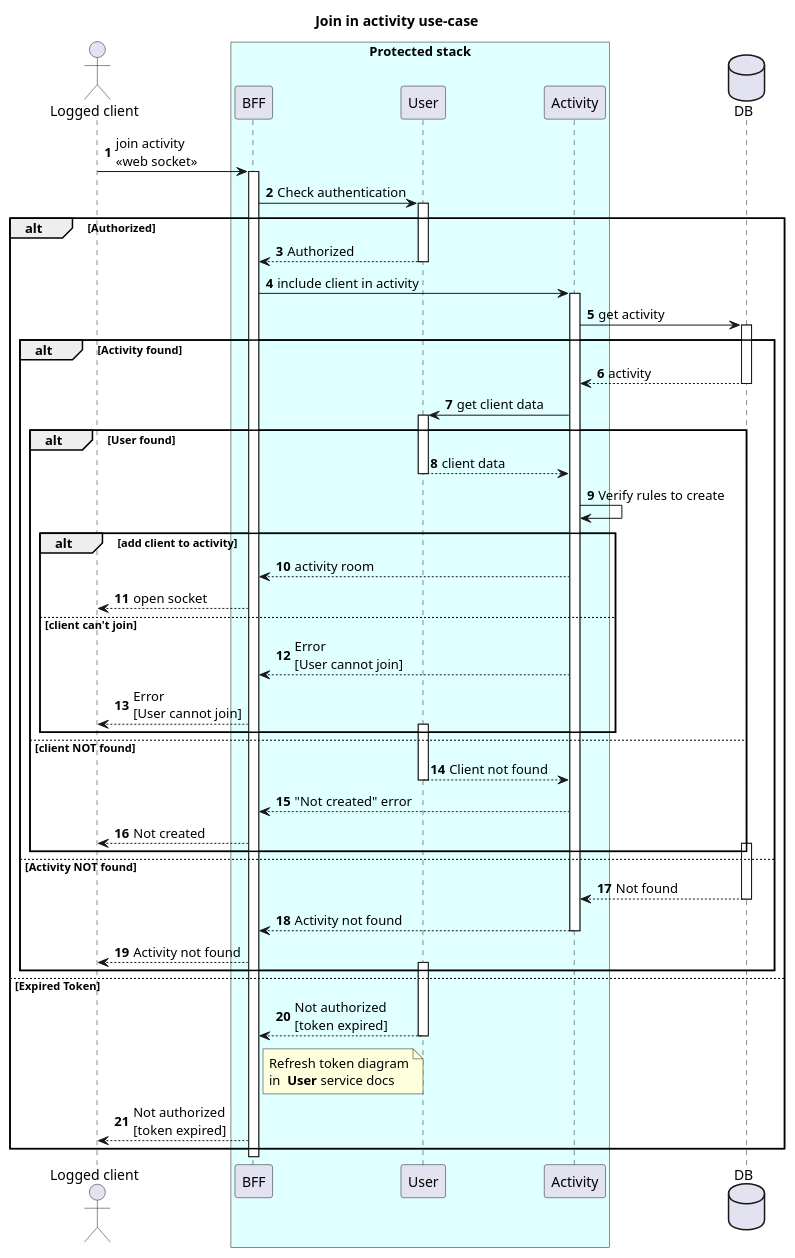
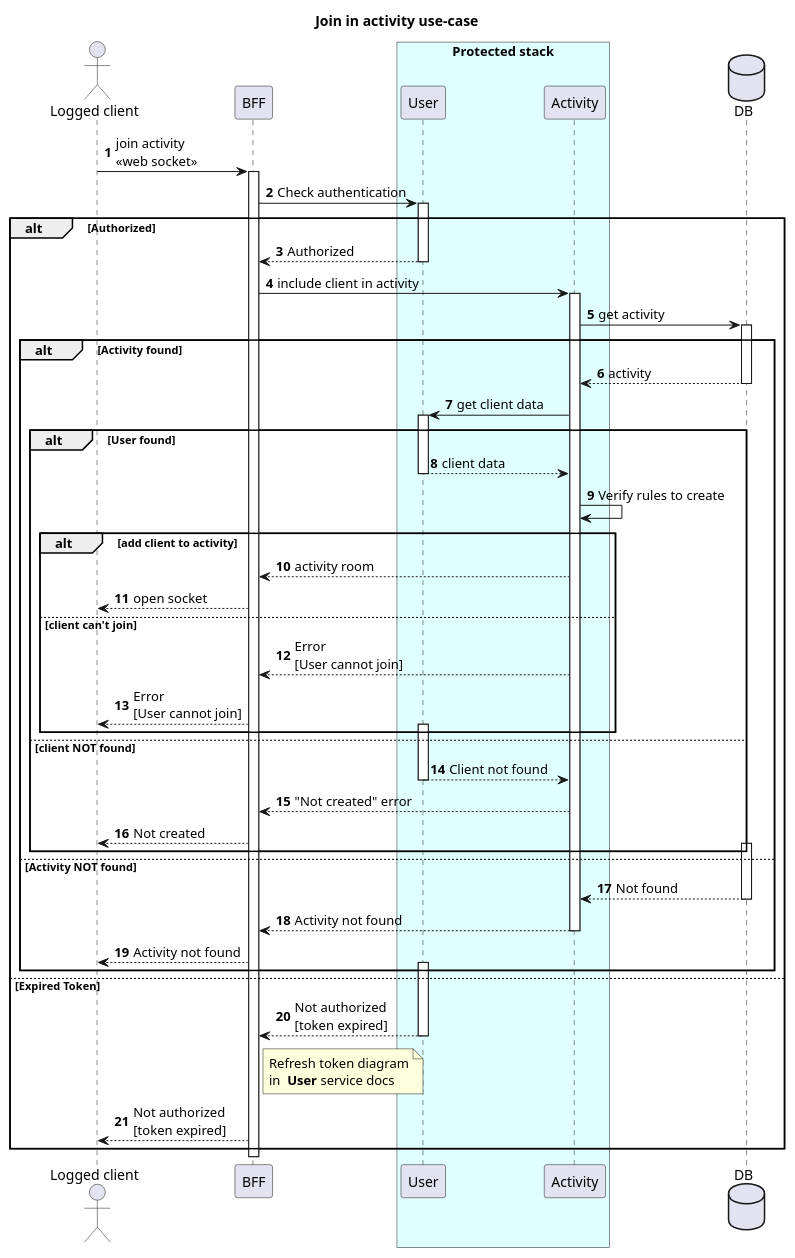
Before and after one commit to orion-services/Activity: the diagram in docs/sequence/join-activity.wsd, drawn with PlantUML. The commit also changed other lines of this file, not shown here.

```diff
--- a/docs/sequence/join-activity.wsd
+++ b/docs/sequence/join-activity.wsd
@@ -1,69 +1,69 @@
 @startuml
   autonumber
   title "Join in activity use-case"
 
   actor "Logged client" as client
+  participant BFF
   box "Protected stack" #LightCyan
-  participant BFF
   participant User
   participant Activity
   end box
   database DB
 
 
   client -> BFF: join activity \n<<web socket>>
   activate BFF
   BFF -> User: Check authentication
   activate User
 
   alt Authorized
     User --> BFF: Authorized
     deactivate User
     BFF -> Activity: include client in activity
     activate Activity
     Activity -> DB: get activity
     activate DB
 
     alt Activity found
       Activity <-- DB: activity
       deactivate DB
       User <- Activity: get client data
       activate User
 
       alt User found
         User --> Activity: client data
         deactivate User
         Activity -> Activity: Verify rules to create
         alt add client to activity
           BFF <-- Activity: activity room
           client <-- BFF: open socket
         else client can't join
           BFF <-- Activity: Error \n[User cannot join]
           client <-- BFF: Error \n[User cannot join]
           activate User
         end
       else client **NOT** found
         Activity <-- User: Client not found
         deactivate User
         BFF <-- Activity: "Not created" error
         client <-- BFF: Not created
         activate DB
       end
     else  Activity **NOT** found
       Activity <-- DB: Not found
       deactivate DB
       BFF <-- Activity: Activity not found
       deactivate Activity
       client <-- BFF: Activity not found
       activate User
     end
   else Expired Token
     BFF <-- User: Not authorized \n[token expired]
     deactivate User
     note right of BFF
       Refresh token diagram
       in  **User** service docs
     end note
     client <-- BFF: Not authorized \n[token expired]   
   end
 @enduml
```
